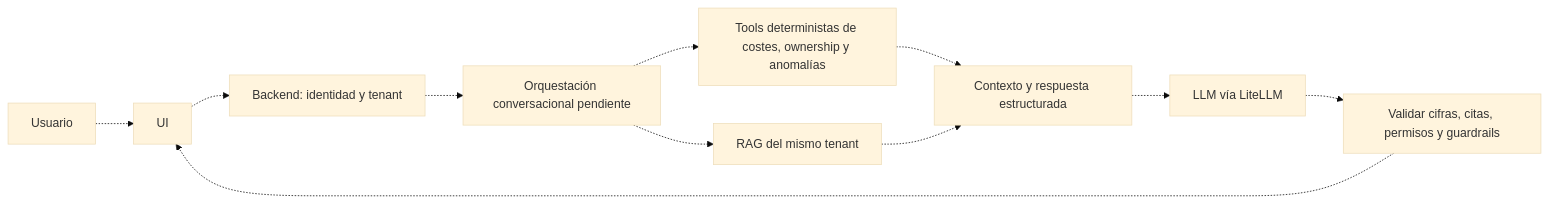
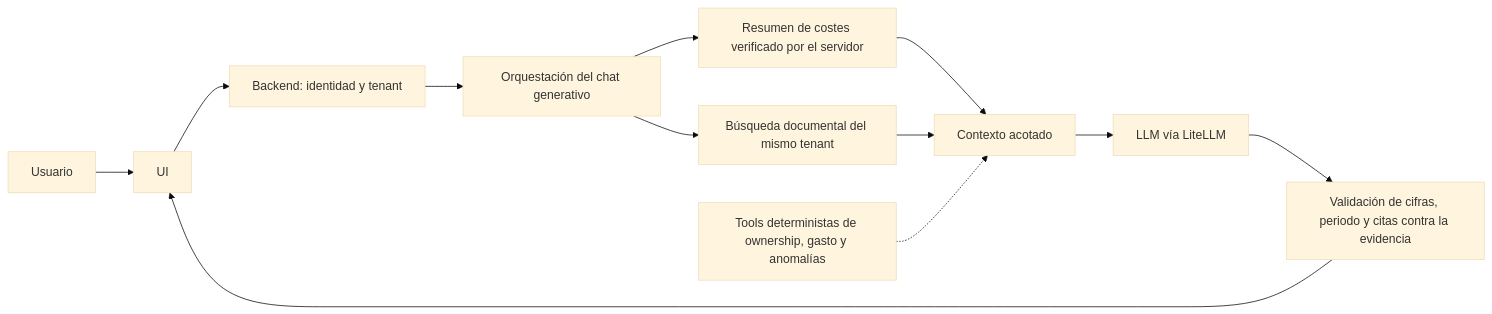
One commit to EconomiconFinOps/tfm-economicon changed the seventh of 10 diagrams in docs/architecture.md. Above: the diagram before and after it, drawn with Mermaid (base theme). The commit also changed other lines of this file and 2 other files, not shown here.

Commit message:
docs(JUP-138): architecture.md — componentes, flujos y datos al día (§1 a §4)

````diff
--- a/docs/architecture.md
+++ b/docs/architecture.md
@@ -246,13 +379,14 @@
 ```mermaid
 flowchart LR
-  U[Usuario] -.-> UI[UI]
-  UI -.-> B[Backend: identidad y tenant]
-  B -.-> O[Orquestación conversacional pendiente]
-  O -.-> T[Tools deterministas de costes, ownership y anomalías]
-  O -.-> R[RAG del mismo tenant]
-  T -.-> G[Contexto y respuesta estructurada]
-  R -.-> G
-  G -.-> L[LLM vía LiteLLM]
-  L -.-> V[Validar cifras, citas, permisos y guardrails]
-  V -.-> UI
+  U[Usuario] --> UI[UI]
+  UI --> B[Backend: identidad y tenant]
+  B --> O[Orquestación del chat generativo]
+  O --> C[Resumen de costes verificado por el servidor]
+  O --> R[Búsqueda documental del mismo tenant]
+  C --> G[Contexto acotado]
+  R --> G
+  T[Tools deterministas de ownership, gasto y anomalías] -.-> G
+  G --> L[LLM vía LiteLLM]
+  L --> V[Validación de cifras, periodo y citas contra la evidencia]
+  V --> UI
 ```
````
